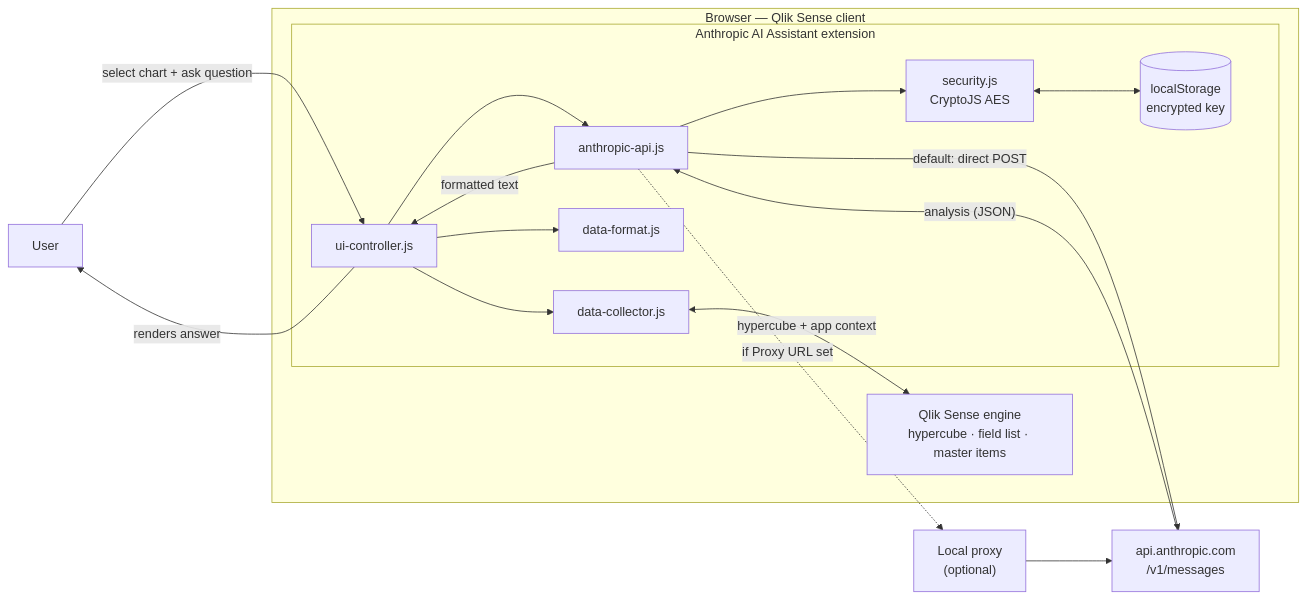
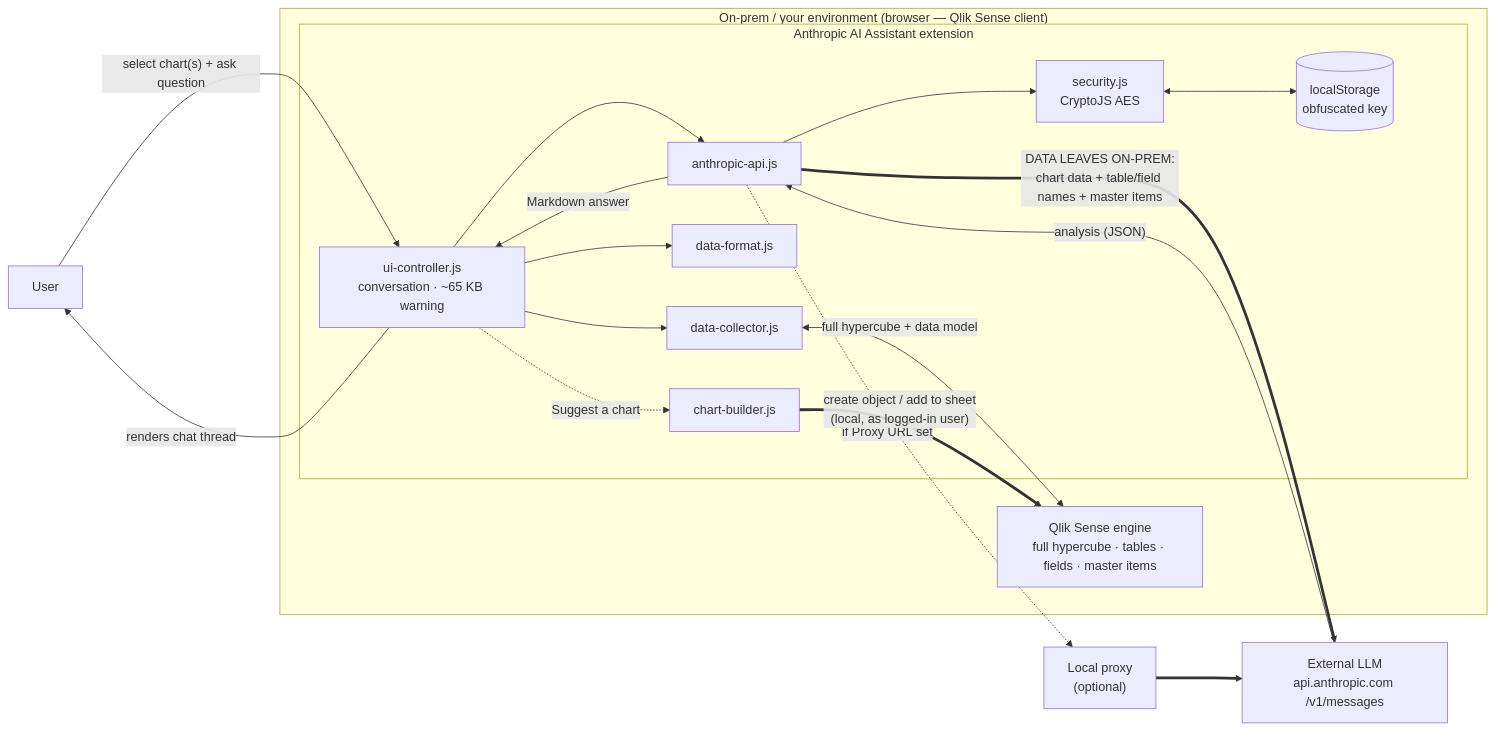
Before and after one commit to mabaeyens/AnthropicExtension: the first of 5 diagrams in diagrams.md, drawn with Mermaid. The commit also changed other lines of this file and 7 other files, not shown here.

First line of the commit message:
docs: v0.3.0 data-flow refresh, demo/liability notice, author credit; QSEoW scope

````diff
--- a/diagrams.md
+++ b/diagrams.md
@@ -17,33 +24,37 @@
 ```mermaid
 flowchart LR
   U["User"]
 
-  subgraph Browser["Browser — Qlik Sense client"]
-    QS["Qlik Sense engine<br/>hypercube · field list · master items"]
+  subgraph OnPrem["On-prem / your environment (browser — Qlik Sense client)"]
+    QS["Qlik Sense engine<br/>full hypercube · tables · fields · master items"]
     subgraph EXT["Anthropic AI Assistant extension"]
-      UIC["ui-controller.js"]
+      UIC["ui-controller.js<br/>conversation · ~65 KB warning"]
       DC["data-collector.js"]
       DF["data-format.js"]
+      CB["chart-builder.js"]
       API["anthropic-api.js"]
       SEC["security.js<br/>CryptoJS AES"]
-      LS[("localStorage<br/>encrypted key")]
+      LS[("localStorage<br/>obfuscated key")]
     end
   end
 
-  ANT["api.anthropic.com<br/>/v1/messages"]
+  ANT["External LLM<br/>api.anthropic.com /v1/messages"]
   PX["Local proxy<br/>(optional)"]
 
-  U -->|"select chart + ask question"| UIC
+  U -->|"select chart(s) + ask question"| UIC
   UIC --> DC
-  DC <-->|"hypercube + app context"| QS
+  DC <-->|"full hypercube + data model"| QS
   UIC --> DF
   UIC --> API
   API --> SEC
   SEC <--> LS
-  API -->|"default: direct POST"| ANT
+  API ==>|"DATA LEAVES ON-PREM:<br/>chart data + table/field names + master items"| ANT
   API -.->|"if Proxy URL set"| PX
-  PX --> ANT
+  PX ==> ANT
   ANT -->|"analysis (JSON)"| API
-  API -->|"formatted text"| UIC
-  UIC -->|"renders answer"| U
+  API -->|"Markdown answer"| UIC
+  UIC -->|"renders chat thread"| U
+
+  UIC -. "Suggest a chart" .-> CB
+  CB ==>|"create object / add to sheet<br/>(local, as logged-in user)"| QS
 ```
````
